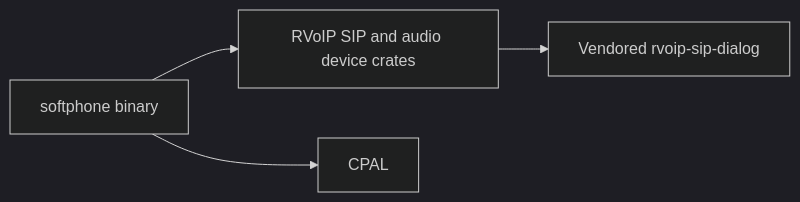
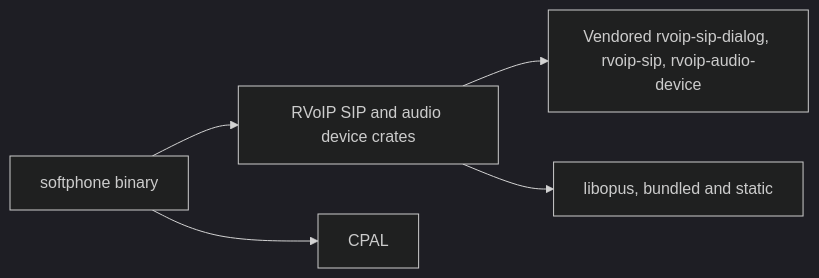
The second of 3 diagrams in docs/06-implementation-view.md (samiferr/wise-soft-phone), drawn with Mermaid (dark theme) before and after one commit. The commit also changed other lines of this file and 126 other files, not shown here.

````diff
--- a/docs/06-implementation-view.md
+++ b/docs/06-implementation-view.md
@@ -40,6 +43,7 @@
 ```mermaid
 flowchart LR
     App[softphone binary] --> SIP[RVoIP SIP and audio device crates]
-    SIP --> Patch[Vendored rvoip-sip-dialog]
+    SIP --> Patch[Vendored rvoip-sip-dialog, rvoip-sip, rvoip-audio-device]
+    SIP --> Opus[libopus, bundled and static]
     App --> Device[CPAL]
 ```
````
